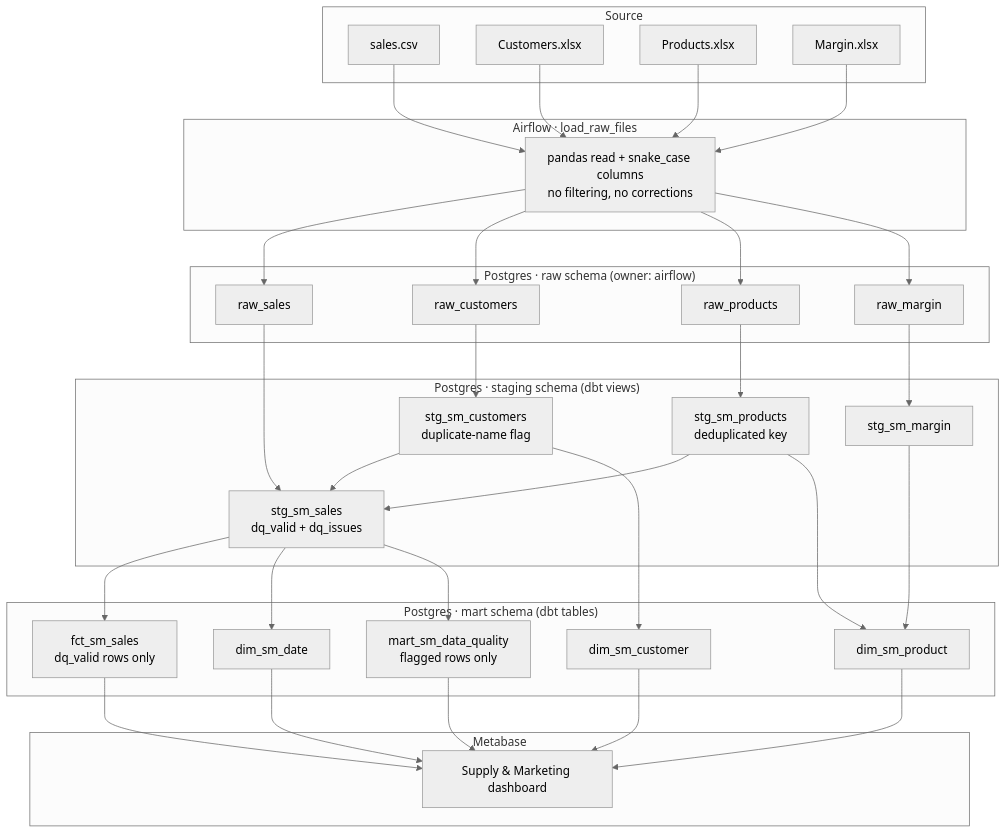
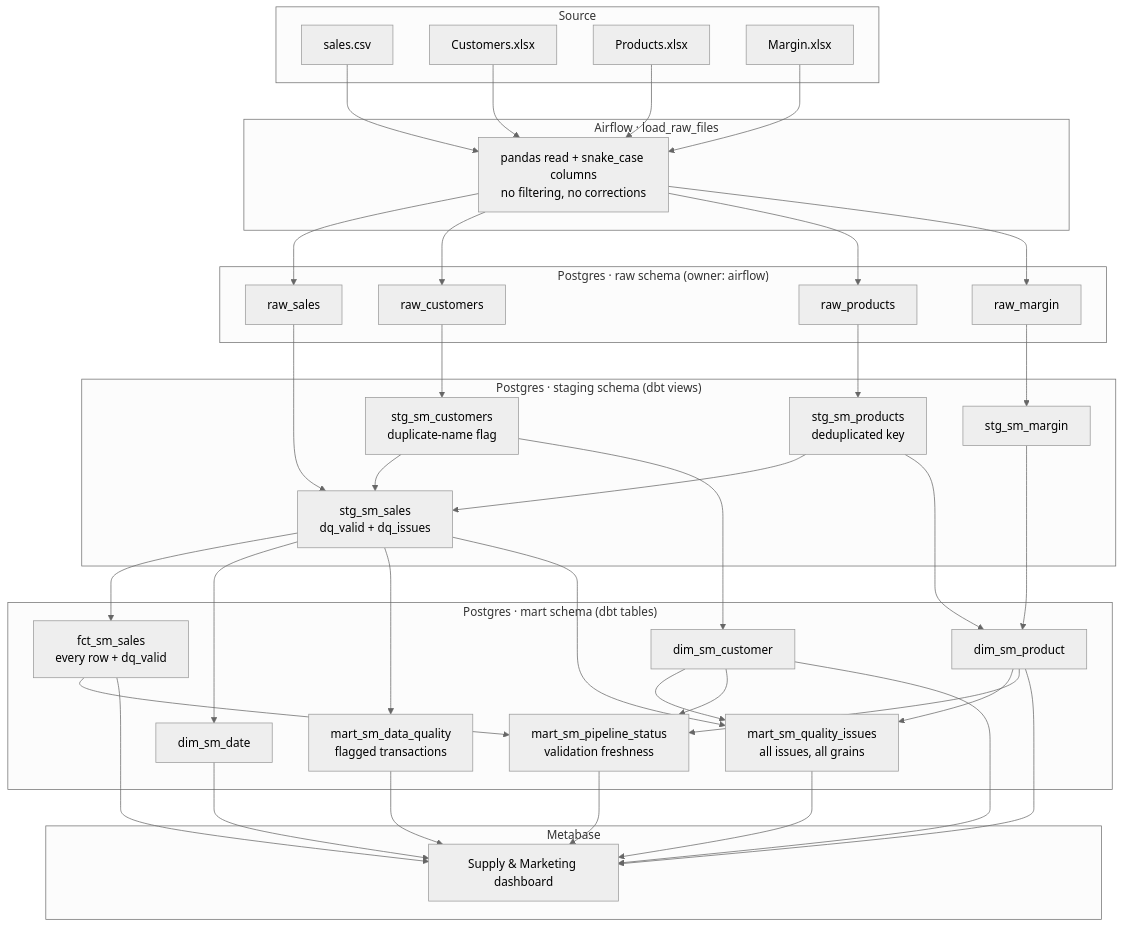
One commit to Daniell-Green/data-platform changed the diagram in airflow/dags/pipelines/supply_marketing_reporting/docs/lineage.md. Above: the diagram before and after it, drawn with Mermaid (neutral theme). The commit also changed other lines of this file and 4 other files, not shown here.

````diff
--- a/airflow/dags/pipelines/supply_marketing_reporting/docs/lineage.md
+++ b/airflow/dags/pipelines/supply_marketing_reporting/docs/lineage.md
@@ -5,58 +5,66 @@
 ```mermaid
 flowchart TD
     subgraph Source
         A1["sales.csv"]
         A2["Customers.xlsx"]
         A3["Products.xlsx"]
         A4["Margin.xlsx"]
     end
 
     subgraph Ingestion["Airflow · load_raw_files"]
         B["pandas read + snake_case columns<br/>no filtering, no corrections"]
     end
 
     subgraph Raw["Postgres · raw schema (owner: airflow)"]
         C1["raw_sales"]
         C2["raw_customers"]
         C3["raw_products"]
         C4["raw_margin"]
     end
 
     subgraph Staging["Postgres · staging schema (dbt views)"]
         D1["stg_sm_sales<br/>dq_valid + dq_issues"]
         D2["stg_sm_customers<br/>duplicate-name flag"]
         D3["stg_sm_products<br/>deduplicated key"]
         D4["stg_sm_margin"]
     end
 
     subgraph Mart["Postgres · mart schema (dbt tables)"]
-        E1["fct_sm_sales<br/>dq_valid rows only"]
+        E1["fct_sm_sales<br/>every row + dq_valid"]
         E2["dim_sm_customer"]
         E3["dim_sm_product"]
         E4["dim_sm_date"]
-        E5["mart_sm_data_quality<br/>flagged rows only"]
+        E5["mart_sm_data_quality<br/>flagged transactions"]
+        E6["mart_sm_quality_issues<br/>all issues, all grains"]
+        E7["mart_sm_pipeline_status<br/>validation freshness"]
     end
 
     subgraph BI["Metabase"]
         F["Supply & Marketing dashboard"]
     end
 
     A1 --> B
     A2 --> B
     A3 --> B
     A4 --> B
     B --> C1 & C2 & C3 & C4
     C1 --> D1
     C2 --> D2
     C3 --> D3
     C4 --> D4
     D2 --> D1
     D3 --> D1
     D1 --> E1
     D2 --> E2
     D3 --> E3
     D4 --> E3
     D1 --> E4
     D1 --> E5
-    E1 & E2 & E3 & E4 & E5 --> F
+    D1 --> E6
+    E2 --> E6
+    E3 --> E6
+    E1 --> E7
+    E2 --> E7
+    E3 --> E7
+    E1 & E2 & E3 & E4 & E5 & E6 & E7 --> F
 ```
````
